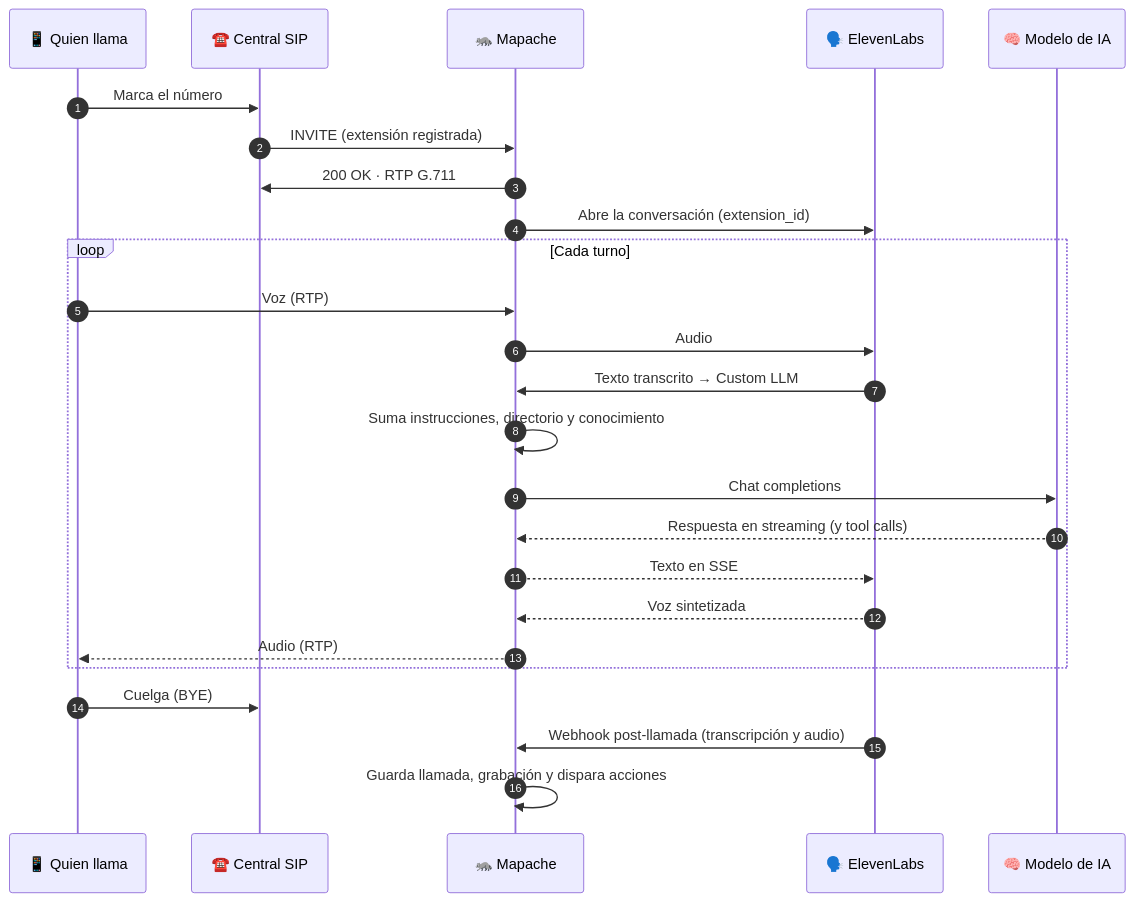
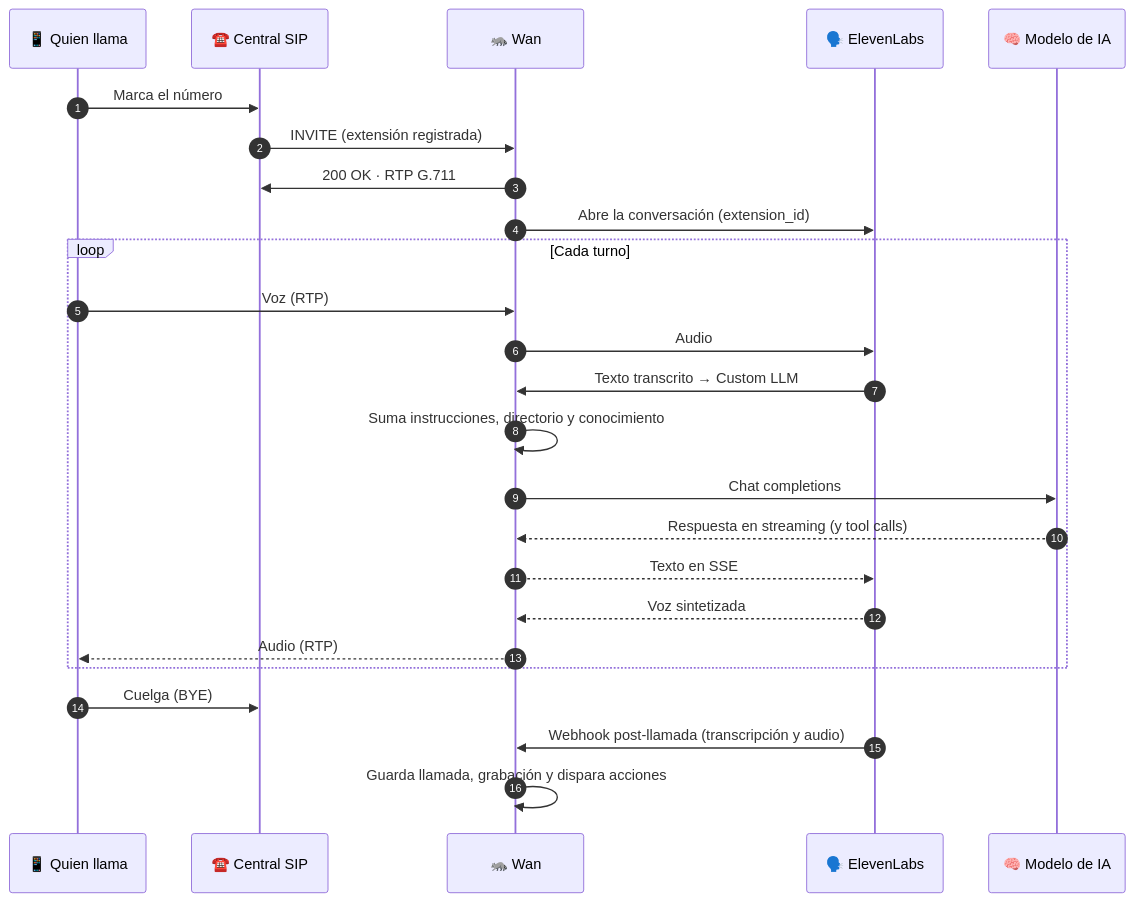
The second of 3 diagrams in README.md (stevengazo/Wan-API), drawn with Mermaid before and after one commit. The commit also changed other lines of this file and 218 other files, not shown here.

````diff
--- a/README.md
+++ b/README.md
@@ -78,28 +78,28 @@
 ```mermaid
 sequenceDiagram
     autonumber
     participant C as 📱 Quien llama
     participant P as ☎️ Central SIP
-    participant M as 🦝 Mapache
+    participant M as 🦝 Wan
     participant E as 🗣️ ElevenLabs
     participant A as 🧠 Modelo de IA
 
     C->>P: Marca el número
     P->>M: INVITE (extensión registrada)
     M->>P: 200 OK · RTP G.711
     M->>E: Abre la conversación (extension_id)
     loop Cada turno
         C->>M: Voz (RTP)
         M->>E: Audio
         E->>M: Texto transcrito → Custom LLM
         M->>M: Suma instrucciones, directorio y conocimiento
         M->>A: Chat completions
         A-->>M: Respuesta en streaming (y tool calls)
         M-->>E: Texto en SSE
         E-->>M: Voz sintetizada
         M-->>C: Audio (RTP)
     end
     C->>P: Cuelga (BYE)
     E->>M: Webhook post-llamada (transcripción y audio)
     M->>M: Guarda llamada, grabación y dispara acciones
 ```
````
